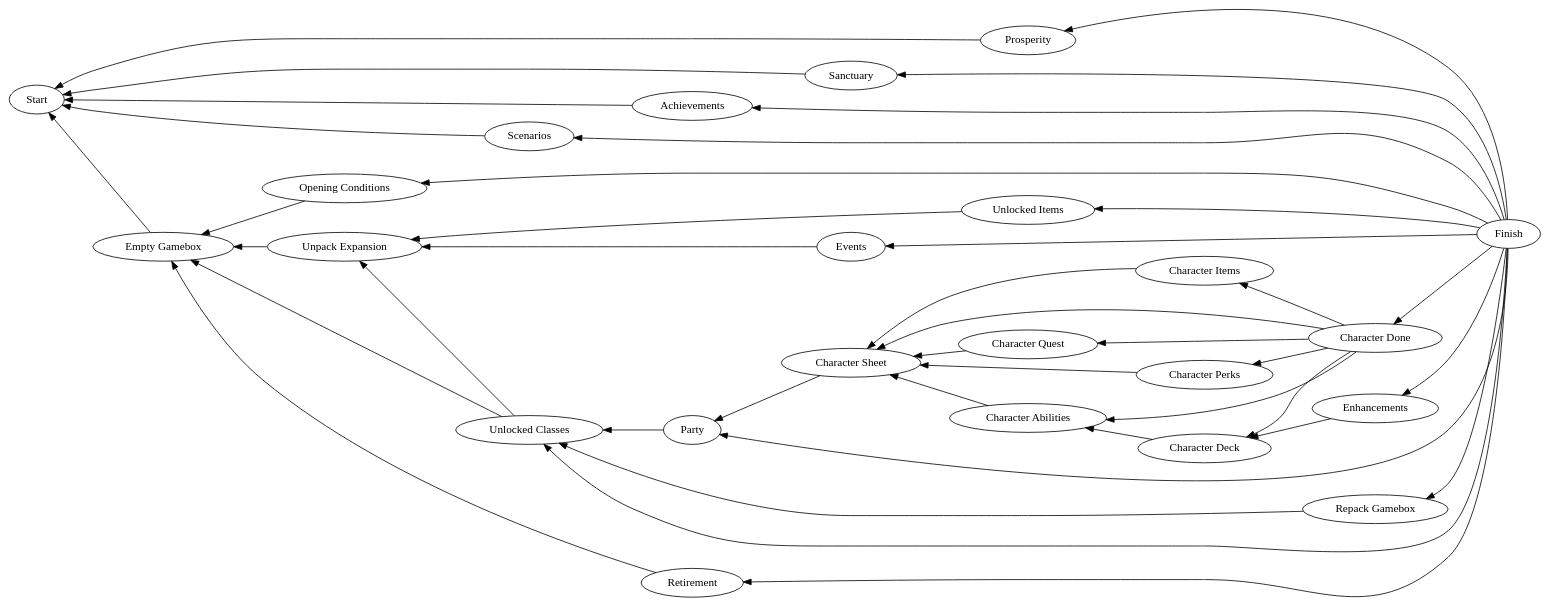
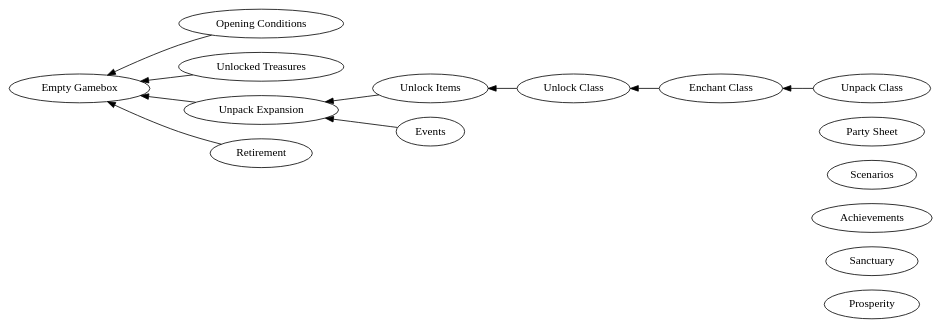
One commit to Sebaestschjin/gloomhaven-campaign-manager changed the diagram in docs/load_dependencies.dot. Above: the diagram before and after it, drawn with Graphviz. The commit also changed 9 other files, not shown here.

```diff
--- a/docs/load_dependencies.dot
+++ b/docs/load_dependencies.dot
@@ -1,54 +1,30 @@
 # dot -T jpg -o load_dependencies.jpg load_dependencies.dot
 digraph D {
 
     rankdir=RL
 
-    "Prosperity" -> Start
-    "Sanctuary" -> Start
-    "Achievements" -> Start
-    "Scenarios" -> Start
+    "Prosperity"
+    "Sanctuary"
+    "Achievements"
+    "Scenarios"
+    "Party Sheet"
+    "Empty Gamebox"
 
-    "Unlocked Classes" -> "Empty Gamebox"
-    "Unlocked Classes" -> "Unpack Expansion"
-    "Unlocked Items" -> "Unpack Expansion"
     "Opening Conditions" -> "Empty Gamebox"
 
-    "Party" -> "Unlocked Classes"
-    "Character Sheet" -> "Party"
-    "Character Quest" -> "Character Sheet"
-    "Character Perks" -> "Character Sheet"
-    "Character Abilities" -> "Character Sheet"
-    "Character Items" -> "Character Sheet"
-    "Character Deck" -> "Character Abilities"
+    "Unlocked Treasures" -> "Empty Gamebox"
 
-    "Character Done" -> "Character Sheet"
-    "Character Done" -> "Character Quest"
-    "Character Done" -> "Character Perks"
-    "Character Done" -> "Character Abilities"
-    "Character Done" -> "Character Items"
-    "Character Done" -> "Character Deck"
+    "Unpack Expansion" -> "Empty Gamebox"
+
+    "Unlock Class" -> "Unlock Items"
+    "Enchant Class" -> "Unlock Class"
+
+    "Unpack Class" -> "Enchant Class"
+
+    "Unlock Items" -> "Unpack Expansion"
 
     "Retirement" -> "Empty Gamebox"
 
     "Events" -> "Unpack Expansion"
 
-    "Empty Gamebox" -> Start
-    "Unpack Expansion" -> "Empty Gamebox"
-    "Repack Gamebox" -> "Unlocked Classes"
-
-    "Enhancements" -> "Character Deck"
-
-    Finish -> "Prosperity"
-    Finish -> "Sanctuary"
-    Finish -> "Achievements"
-    Finish -> "Scenarios"
-    Finish -> "Unlocked Classes"
-    Finish -> "Unlocked Items"
-    Finish -> "Opening Conditions"
-    Finish -> "Party"
-    Finish -> "Character Done"
-    Finish -> "Enhancements"
-    Finish -> "Retirement"
-    Finish -> "Events"
-    Finish -> "Repack Gamebox"
 }
```
